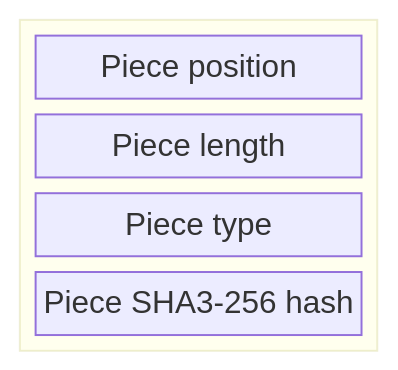
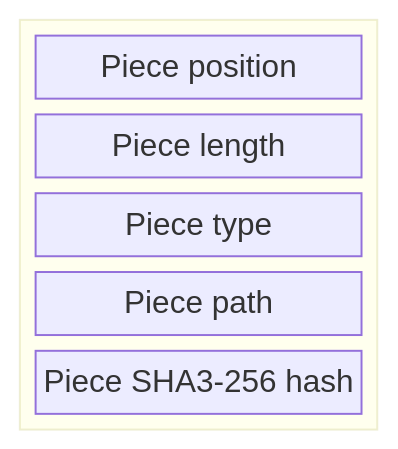
The fourth of 8 diagrams in doc/structure.md (erikedin/Pokitomo.jl), drawn with Mermaid before and after one commit. The commit also changed other lines of this file, not shown here.

Commit message:
doc: minor additions to diagrams

````diff
--- a/doc/structure.md
+++ b/doc/structure.md
@@ -58,10 +59,11 @@
 ```mermaid
 block-beta
     block
         columns 1
         PiecePosition["Piece position"]
         PieceLength["Piece length"]
         PieceType["Piece type"]
+        PiecePath["Piece path"]
         PieceHash["Piece SHA3-256 hash"]
     end
 ```
````
